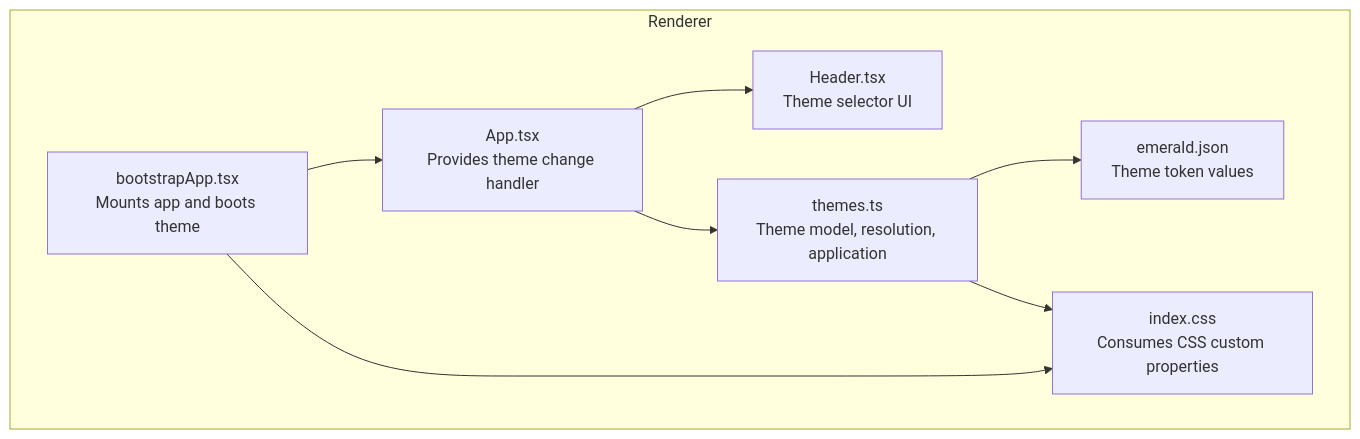
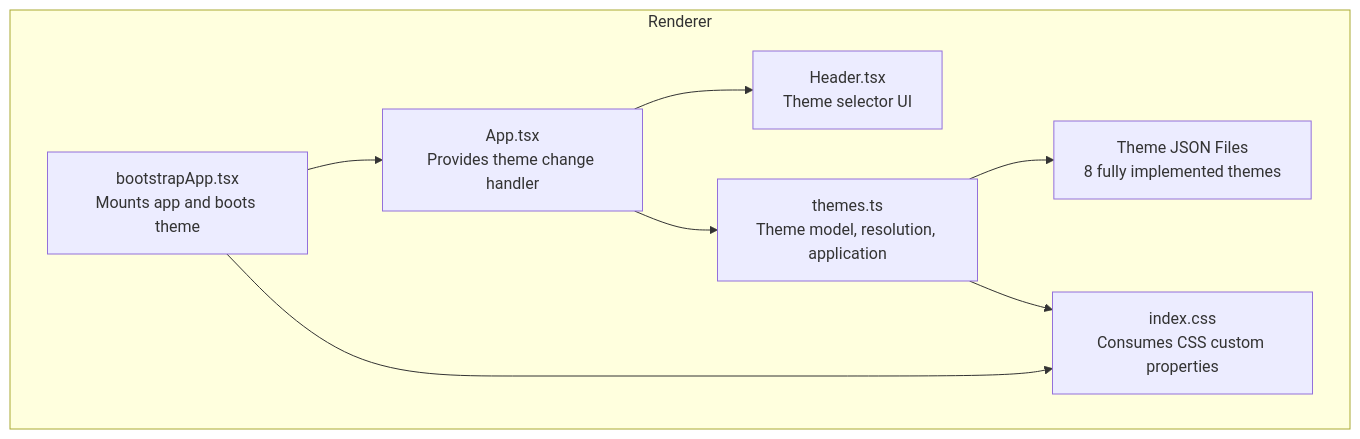
Before and after one commit to satyrlord/mixjam-electron: the first of 7 diagrams in .qoder/repowiki/en/content/Theming & UI System.md, drawn with Mermaid. The commit also changed other lines of this file and 2 other files, not shown here.

````diff
--- a/.qoder/repowiki/en/content/Theming & UI System.md
+++ b/.qoder/repowiki/en/content/Theming & UI System.md
@@ -41,17 +58,17 @@
 ```mermaid
 graph TB
 subgraph "Renderer"
 A["bootstrapApp.tsx<br/>Mounts app and boots theme"]
 B["App.tsx<br/>Provides theme change handler"]
 C["Header.tsx<br/>Theme selector UI"]
 D["themes.ts<br/>Theme model, resolution, application"]
 E["index.css<br/>Consumes CSS custom properties"]
-F["emerald.json<br/>Theme token values"]
+F["Theme JSON Files<br/>8 fully implemented themes"]
 end
 A --> B
 B --> C
 B --> D
 D --> F
 D --> E
 A --> E
 ```
````
